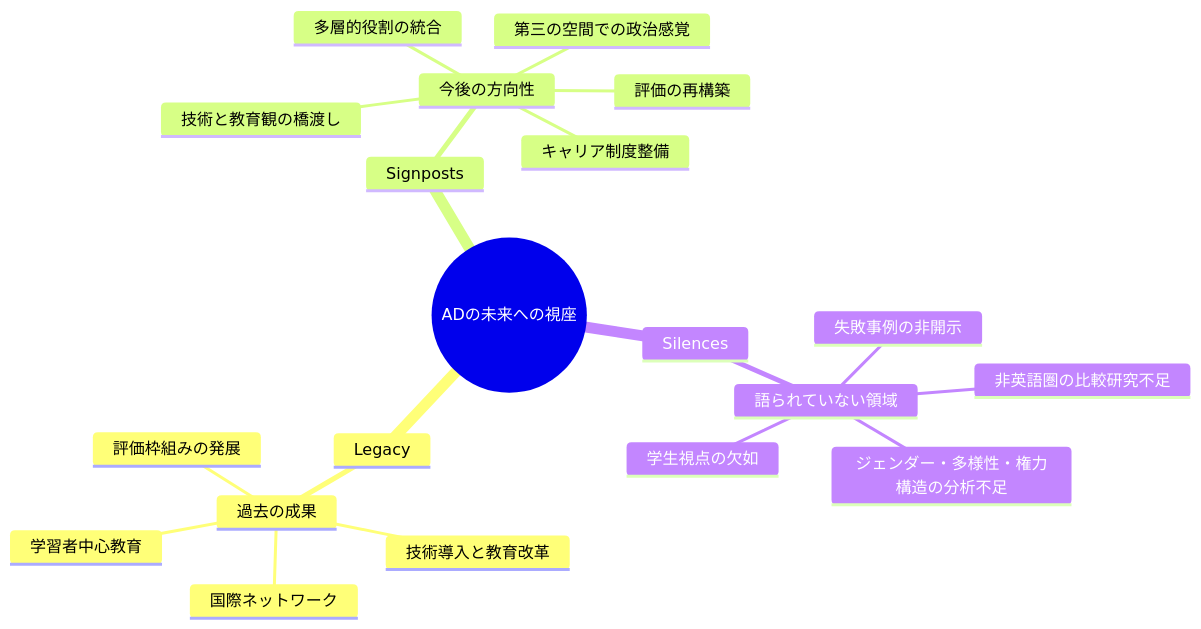
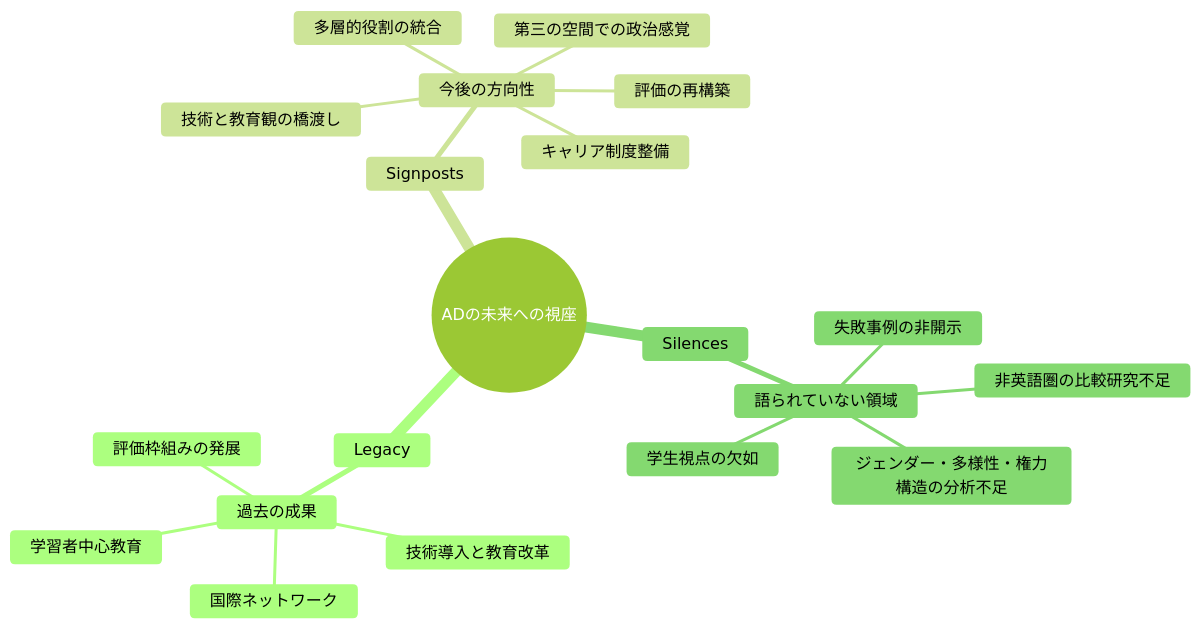
Before and after one commit to kimikazu/ks-academic-constellation: the sixth of 6 diagrams in _notes/2508mermaid.md, drawn with Mermaid.

````diff
--- a/_notes/2508mermaid.md
+++ b/_notes/2508mermaid.md
@@ -284,23 +284,24 @@
 ``` mermaid
+%%{init: {'theme': 'forest'}}%%
 mindmap
   root((ADの未来への視座))
     Legacy
       過去の成果
         学習者中心教育
         国際ネットワーク
         評価枠組みの発展
         技術導入と教育改革
     Signposts
       今後の方向性
         多層的役割の統合
         評価の再構築
         技術と教育観の橋渡し
         キャリア制度整備
         第三の空間での政治感覚
     Silences
       語られていない領域
         学生視点の欠如
         失敗事例の非開示
         非英語圏の比較研究不足
         ジェンダー・多様性・権力構造の分析不足
 ```
````
